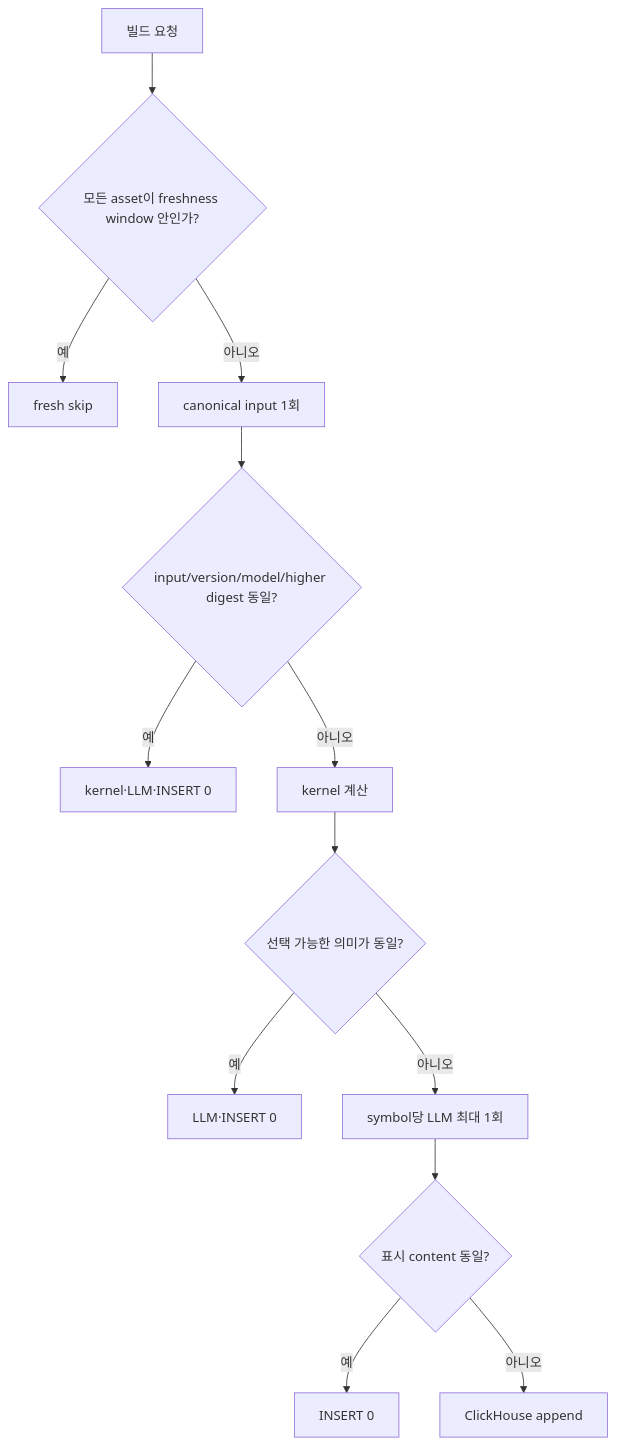
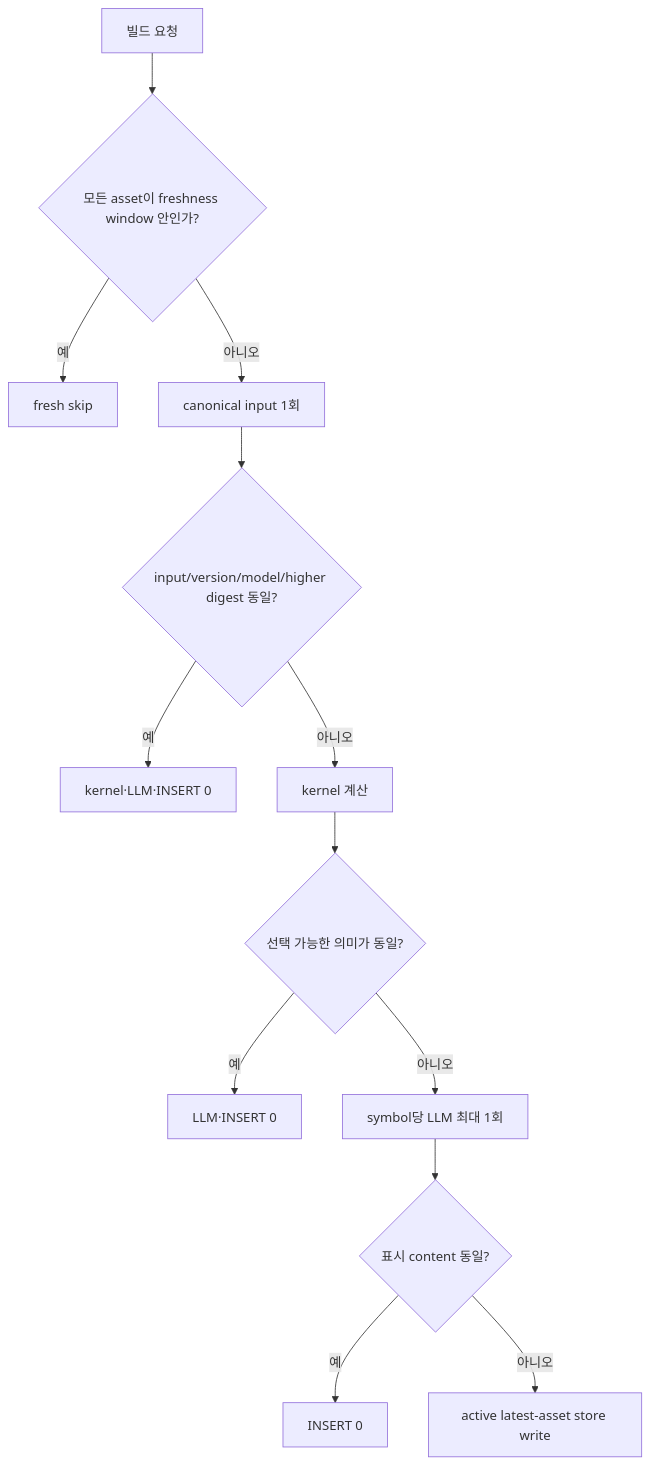
The eighth of 9 diagrams in docs/CHART_ANALYSIS_ASSETS.md (seunglee10/GOPS-BE), drawn with Mermaid before and after one commit. The commit also changed other lines of this file and 74 other files, not shown here.

Commit message:
feat(chart-assets): harden analysis reliability and quality

````diff
--- a/docs/CHART_ANALYSIS_ASSETS.md
+++ b/docs/CHART_ANALYSIS_ASSETS.md
@@ -208,15 +214,15 @@
 ```mermaid
 flowchart TD
   Start["빌드 요청"] --> Fresh{"모든 asset이 freshness window 안인가?"}
   Fresh -- "예" --> Skip["fresh skip"]
   Fresh -- "아니오" --> Load["canonical input 1회"]
   Load --> PreDigest{"input/version/model/higher digest 동일?"}
   PreDigest -- "예" --> NoKernel["kernel·LLM·INSERT 0"]
   PreDigest -- "아니오" --> Kernel["kernel 계산"]
   Kernel --> IntentDigest{"선택 가능한 의미가 동일?"}
   IntentDigest -- "예" --> NoLLM["LLM·INSERT 0"]
   IntentDigest -- "아니오" --> Curate["symbol당 LLM 최대 1회"]
   Curate --> ContentDigest{"표시 content 동일?"}
   ContentDigest -- "예" --> NoInsert["INSERT 0"]
-  ContentDigest -- "아니오" --> Save["ClickHouse append"]
+  ContentDigest -- "아니오" --> Save["active latest-asset store write"]
 ```
````
